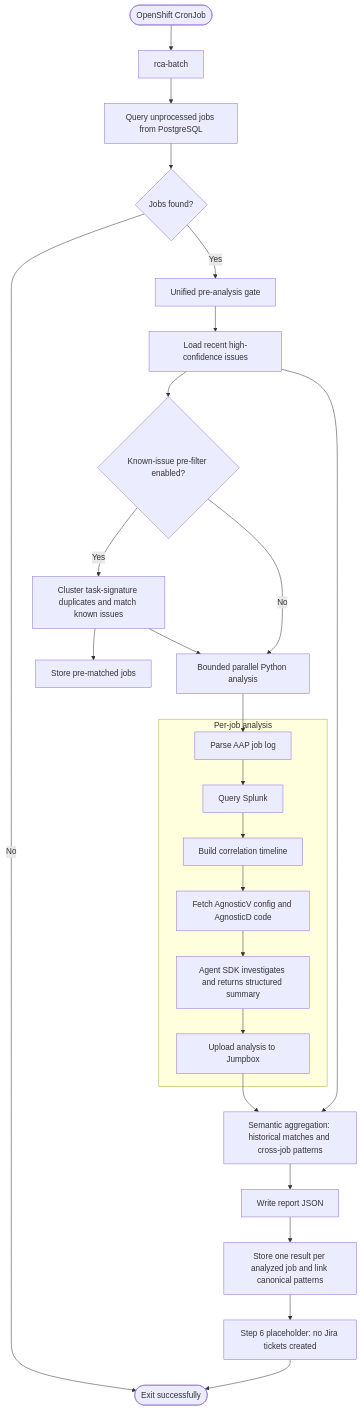
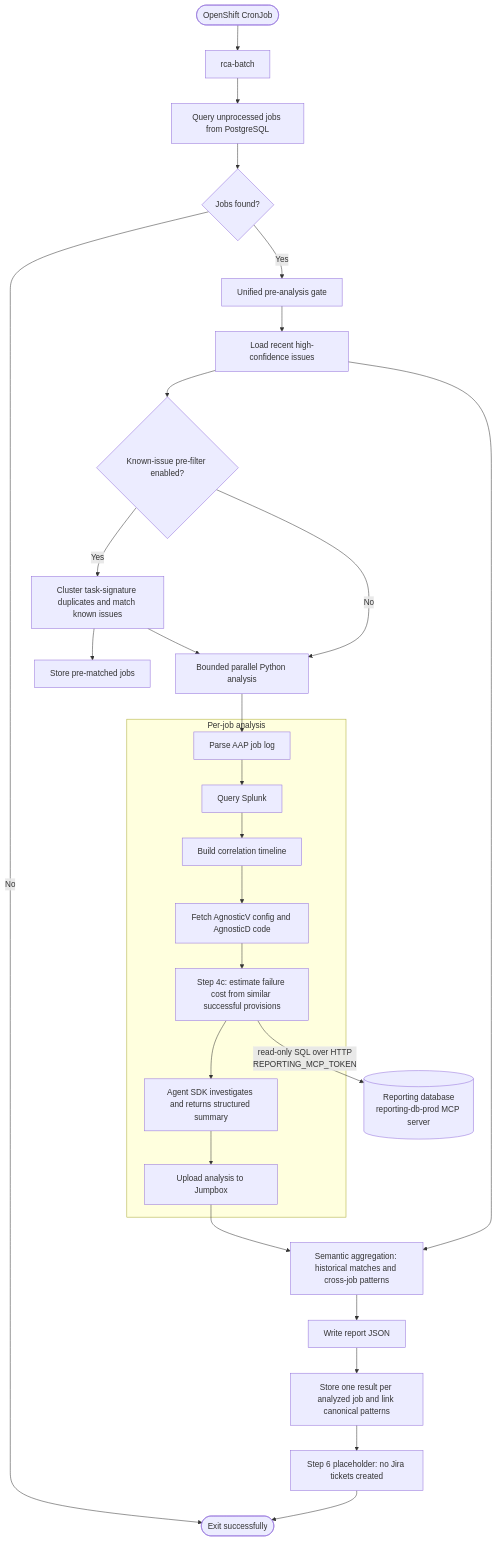
Before and after one commit to EoghanOConnor/aap2-rca-agent: the diagram in README.md, drawn with Mermaid. The commit also changed other lines of this file, not shown here.

Commit message:
docs: move cost estimate into the architecture diagram and update commands

````diff
--- a/README.md
+++ b/README.md
@@ -10,30 +10,33 @@
 ```mermaid
 flowchart TD
     Start([OpenShift CronJob]) --> Runner[rca-batch]
     Runner --> Query[Query unprocessed jobs from PostgreSQL]
     Query --> AnyJobs{Jobs found?}
     AnyJobs -- No --> Done([Exit successfully])
     AnyJobs -- Yes --> Gate[Unified pre-analysis gate]
     Gate --> Known[Load recent high-confidence issues]
     Known --> Filter{Known-issue pre-filter enabled?}
     Filter -- Yes --> Prefilter[Cluster task-signature duplicates and match known issues]
     Filter -- No --> Analysis
     Prefilter --> Matched[Store pre-matched jobs]
     Prefilter --> Analysis[Bounded parallel Python analysis]
     subgraph PerJob[Per-job analysis]
       Parse[Parse AAP job log]
       Splunk[Query Splunk]
       Correlation[Build correlation timeline]
       GitHub[Fetch AgnosticV config and AgnosticD code]
+      Cost[Step 4c: estimate failure cost from similar successful provisions]
       Synthesis[Agent SDK investigates and returns structured summary]
       Upload[Upload analysis to Jumpbox]
-      Parse --> Splunk --> Correlation --> GitHub --> Synthesis --> Upload
+      Parse --> Splunk --> Correlation --> GitHub --> Cost --> Synthesis --> Upload
     end
     Analysis --> Parse
+    ReportingDB[(Reporting database<br/>reporting-db-prod MCP server)]
+    Cost -- "read-only SQL over HTTP<br/>REPORTING_MCP_TOKEN" --> ReportingDB
     Upload --> Aggregate[Semantic aggregation: historical matches and cross-job patterns]
     Known --> Aggregate
     Aggregate --> Write[Write report JSON]
     Write --> Store[Store one result per analyzed job and link canonical patterns]
     Store --> Jira[Step 6 placeholder: no Jira tickets created]
     Jira --> Done
 ```
````
